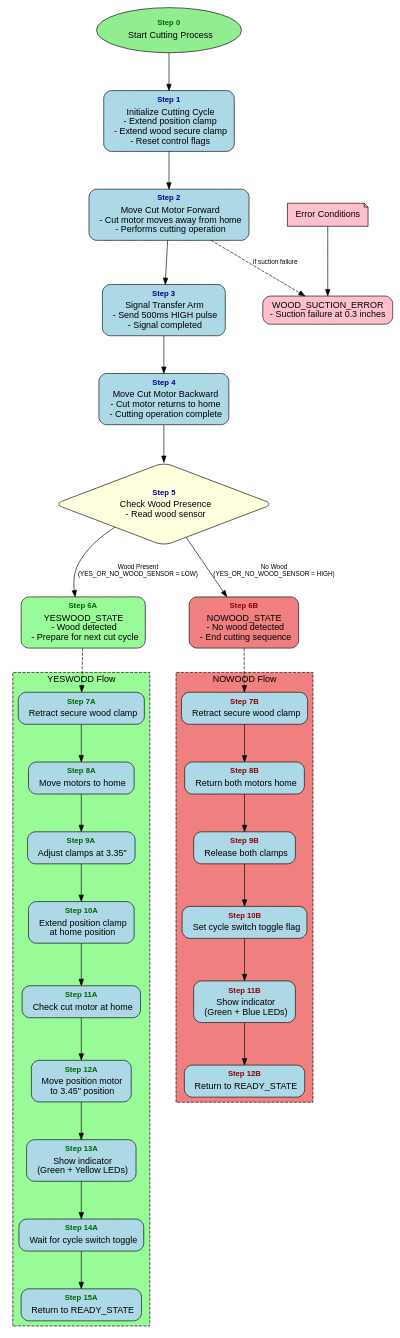
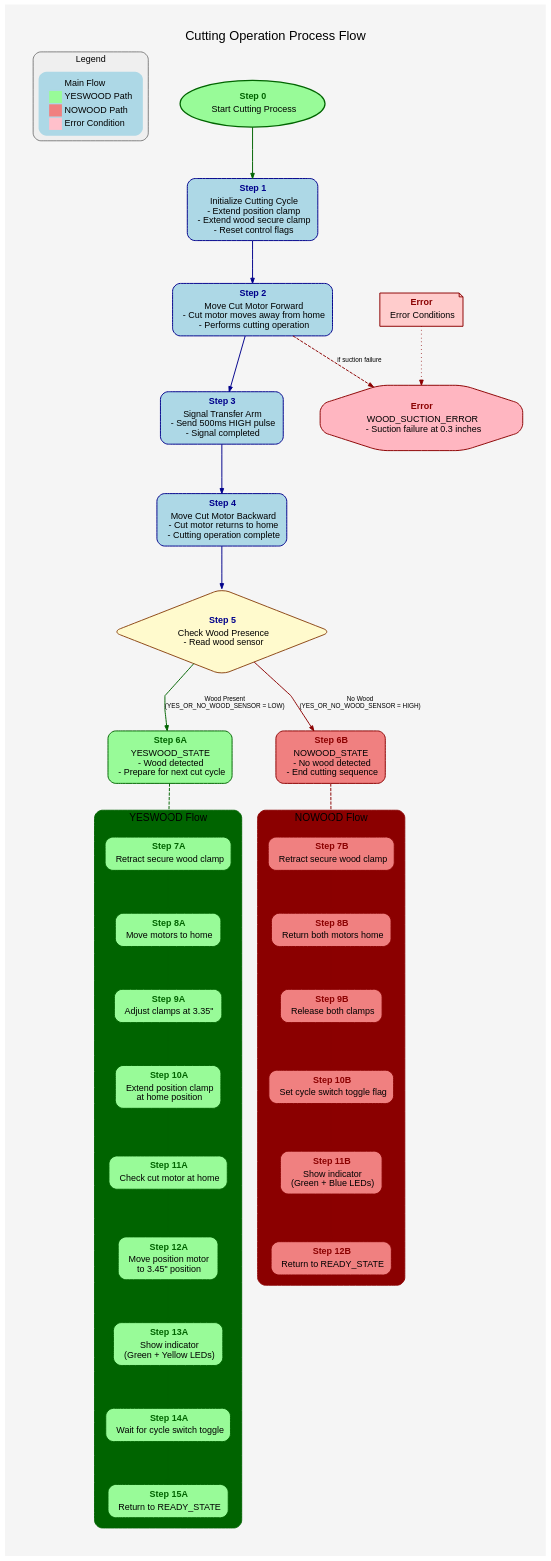
The diagram in flowcharts/cutting_process.dot (akivaweil/Stage-1-Mar25), drawn with Graphviz before and after one commit. The commit also changed 1 other file, not shown here.

Commit message:
Enhance cutting process flowchart with better styling, color-coding, legend, and improved readability

```diff
--- a/flowcharts/cutting_process.dot
+++ b/flowcharts/cutting_process.dot
@@ -1,84 +1,120 @@
 digraph cutting_process {
     // Graph styling
-    graph [fontname="Arial", rankdir="TB", splines=true, overlap=false, nodesep=0.8, ranksep=0.8];
-    node [shape="box", style="rounded,filled", fillcolor="lightblue", fontname="Arial", margin="0.2,0.1"];
-    edge [fontname="Arial", fontsize=10];
+    graph [fontname="Arial", rankdir="TB", splines="polyline", overlap=false, nodesep=0.8, ranksep=0.9, pad=0.5, label="Cutting Operation Process Flow", fontsize=20, labelloc="t", bgcolor="#F5F5F5"];
+    node [shape="box", style="rounded,filled", fillcolor="lightblue", fontname="Arial", margin="0.2,0.1", color="#333333", penwidth=1.5];
+    edge [fontname="Arial", fontsize=10, color="#555555", penwidth=1.2, arrowsize=0.8];
+
+    // Add a legend
+    subgraph cluster_legend {
+        label="Legend";
+        style="rounded,filled";
+        color="#444444";
+        fillcolor="#EFEFEF";
+        fontsize=14;
+        rank="sink";
+        
+        legend_node [shape=none, label=<<table border="0" cellborder="0" cellspacing="2">
+            <tr><td port="main" bgcolor="#ADD8E6" width="20" height="10"></td><td align="left">Main Flow</td></tr>
+            <tr><td port="yes" bgcolor="palegreen" width="20" height="10"></td><td align="left">YESWOOD Path</td></tr>
+            <tr><td port="no" bgcolor="lightcoral" width="20" height="10"></td><td align="left">NOWOOD Path</td></tr>
+            <tr><td port="error" bgcolor="pink" width="20" height="10"></td><td align="left">Error Condition</td></tr>
+        </table>>];
+    }
 
     // States and transitions for cutting process
-    start [label=<<table border="0" cellborder="0" cellspacing="0"><tr><td><font color="darkgreen" point-size="12"><b>Step 0</b></font></td></tr><tr><td>Start Cutting Process</td></tr></table>>, shape="oval", fillcolor="lightgreen"];
+    start [label=<<table border="0" cellborder="0" cellspacing="0"><tr><td><font color="darkgreen" point-size="14"><b>Step 0</b></font></td></tr><tr><td>Start Cutting Process</td></tr></table>>, shape="oval", fillcolor="#98FB98", color="#006400", penwidth=2];
     
     // Initialize cutting state
-    init [label=<<table border="0" cellborder="0" cellspacing="0"><tr><td><font color="darkblue" point-size="12"><b>Step 1</b></font></td></tr><tr><td align="left">Initialize Cutting Cycle<br/>- Extend position clamp<br/>- Extend wood secure clamp<br/>- Reset control flags</td></tr></table>>];
+    init [label=<<table border="0" cellborder="0" cellspacing="0"><tr><td><font color="darkblue" point-size="14"><b>Step 1</b></font></td></tr><tr><td align="left">Initialize Cutting Cycle<br/>- Extend position clamp<br/>- Extend wood secure clamp<br/>- Reset control flags</td></tr></table>>, fillcolor="#ADD8E6", color="#00008B", penwidth=1.5];
     
     // Extend cutter
-    extend [label=<<table border="0" cellborder="0" cellspacing="0"><tr><td><font color="darkblue" point-size="12"><b>Step 2</b></font></td></tr><tr><td align="left">Move Cut Motor Forward<br/>- Cut motor moves away from home<br/>- Performs cutting operation</td></tr></table>>];
+    extend [label=<<table border="0" cellborder="0" cellspacing="0"><tr><td><font color="darkblue" point-size="14"><b>Step 2</b></font></td></tr><tr><td align="left">Move Cut Motor Forward<br/>- Cut motor moves away from home<br/>- Performs cutting operation</td></tr></table>>, fillcolor="#ADD8E6", color="#00008B", penwidth=1.5];
     
     // Signal transfer arm
-    signal [label=<<table border="0" cellborder="0" cellspacing="0"><tr><td><font color="darkblue" point-size="12"><b>Step 3</b></font></td></tr><tr><td align="left">Signal Transfer Arm<br/>- Send 500ms HIGH pulse<br/>- Signal completed</td></tr></table>>];
+    signal [label=<<table border="0" cellborder="0" cellspacing="0"><tr><td><font color="darkblue" point-size="14"><b>Step 3</b></font></td></tr><tr><td align="left">Signal Transfer Arm<br/>- Send 500ms HIGH pulse<br/>- Signal completed</td></tr></table>>, fillcolor="#ADD8E6", color="#00008B", penwidth=1.5];
     
     // Retract cutter
-    retract [label=<<table border="0" cellborder="0" cellspacing="0"><tr><td><font color="darkblue" point-size="12"><b>Step 4</b></font></td></tr><tr><td align="left">Move Cut Motor Backward<br/>- Cut motor returns to home<br/>- Cutting operation complete</td></tr></table>>];
+    retract [label=<<table border="0" cellborder="0" cellspacing="0"><tr><td><font color="darkblue" point-size="14"><b>Step 4</b></font></td></tr><tr><td align="left">Move Cut Motor Backward<br/>- Cut motor returns to home<br/>- Cutting operation complete</td></tr></table>>, fillcolor="#ADD8E6", color="#00008B", penwidth=1.5];
     
     // Check wood presence
-    check [label=<<table border="0" cellborder="0" cellspacing="0"><tr><td><font color="darkblue" point-size="12"><b>Step 5</b></font></td></tr><tr><td align="left">Check Wood Presence<br/>- Read wood sensor</td></tr></table>>, shape="diamond", fillcolor="lightyellow"];
+    check [label=<<table border="0" cellborder="0" cellspacing="0"><tr><td><font color="darkblue" point-size="14"><b>Step 5</b></font></td></tr><tr><td align="left">Check Wood Presence<br/>- Read wood sensor</td></tr></table>>, shape="diamond", fillcolor="#FFFACD", color="#8B4513", penwidth=1.5];
     
     // Result states  
-    yeswood [label=<<table border="0" cellborder="0" cellspacing="0"><tr><td><font color="darkgreen" point-size="12"><b>Step 6A</b></font></td></tr><tr><td align="left">YESWOOD_STATE<br/>- Wood detected<br/>- Prepare for next cut cycle</td></tr></table>>, fillcolor="palegreen"];
-    nowood [label=<<table border="0" cellborder="0" cellspacing="0"><tr><td><font color="darkred" point-size="12"><b>Step 6B</b></font></td></tr><tr><td align="left">NOWOOD_STATE<br/>- No wood detected<br/>- End cutting sequence</td></tr></table>>, fillcolor="lightcoral"];
+    yeswood [label=<<table border="0" cellborder="0" cellspacing="0"><tr><td><font color="darkgreen" point-size="14"><b>Step 6A</b></font></td></tr><tr><td align="left">YESWOOD_STATE<br/>- Wood detected<br/>- Prepare for next cut cycle</td></tr></table>>, fillcolor="palegreen", color="#006400", penwidth=1.5];
+    nowood [label=<<table border="0" cellborder="0" cellspacing="0"><tr><td><font color="darkred" point-size="14"><b>Step 6B</b></font></td></tr><tr><td align="left">NOWOOD_STATE<br/>- No wood detected<br/>- End cutting sequence</td></tr></table>>, fillcolor="lightcoral", color="#8B0000", penwidth=1.5];
     
     // Error conditions
-    error [label="Error Conditions", shape="note", fillcolor="pink"];
-    errorwood [label="WOOD_SUCTION_ERROR\n- Suction failure at 0.3 inches", fillcolor="pink"];
+    error [label=<<table border="0" cellborder="0" cellspacing="0"><tr><td><font color="darkred" point-size="14"><b>Error</b></font></td></tr><tr><td align="left">Error Conditions</td></tr></table>>, shape="note", fillcolor="#FFCCCC", color="#8B0000", penwidth=1.5];
+    errorwood [label=<<table border="0" cellborder="0" cellspacing="0"><tr><td><font color="darkred" point-size="14"><b>Error</b></font></td></tr><tr><td align="left">WOOD_SUCTION_ERROR<br/>- Suction failure at 0.3 inches</td></tr></table>>, shape="octagon", fillcolor="#FFB6C1", color="#8B0000", penwidth=1.5];
     
     // Flow connections
-    start -> init;
-    init -> extend;
-    extend -> signal;
-    signal -> retract;
-    retract -> check;
-    check -> yeswood [label="Wood Present\n(YES_OR_NO_WOOD_SENSOR = LOW)"];
-    check -> nowood [label="No Wood\n(YES_OR_NO_WOOD_SENSOR = HIGH)"];
+    start -> init [color="#006400", penwidth=1.5];
+    init -> extend [color="#00008B", penwidth=1.5];
+    extend -> signal [color="#00008B", penwidth=1.5];
+    signal -> retract [color="#00008B", penwidth=1.5];
+    retract -> check [color="#00008B", penwidth=1.5];
+    check -> yeswood [label="Wood Present\n(YES_OR_NO_WOOD_SENSOR = LOW)", color="#006400", penwidth=1.5];
+    check -> nowood [label="No Wood\n(YES_OR_NO_WOOD_SENSOR = HIGH)", color="#8B0000", penwidth=1.5];
     
     // Error path
-    error -> errorwood;
-    extend -> errorwood [style="dashed", label="if suction failure"];
+    error -> errorwood [color="#8B0000", penwidth=1.5, style="dotted"];
+    extend -> errorwood [style="dashed", label="if suction failure", color="#8B0000", penwidth=1.5];
     
     // Subgraph for YESWOOD flow
     subgraph cluster_yeswood {
         label="YESWOOD Flow";
-        style="dashed";
-        bgcolor="palegreen";
+        style="rounded,filled";
+        color="#006400";
+        penwidth=1.5;
+        bgcolor="#E8F5E9";
+        fontsize=16;
+        margin=16;
         
-        yw1 [label=<<table border="0" cellborder="0" cellspacing="0"><tr><td><font color="darkgreen" point-size="12"><b>Step 7A</b></font></td></tr><tr><td align="left">Retract secure wood clamp</td></tr></table>>];
-        yw2 [label=<<table border="0" cellborder="0" cellspacing="0"><tr><td><font color="darkgreen" point-size="12"><b>Step 8A</b></font></td></tr><tr><td align="left">Move motors to home</td></tr></table>>];
-        yw3 [label=<<table border="0" cellborder="0" cellspacing="0"><tr><td><font color="darkgreen" point-size="12"><b>Step 9A</b></font></td></tr><tr><td align="left">Adjust clamps at 3.35"</td></tr></table>>];
-        yw4 [label=<<table border="0" cellborder="0" cellspacing="0"><tr><td><font color="darkgreen" point-size="12"><b>Step 10A</b></font></td></tr><tr><td align="left">Extend position clamp<br/>at home position</td></tr></table>>];
-        yw5 [label=<<table border="0" cellborder="0" cellspacing="0"><tr><td><font color="darkgreen" point-size="12"><b>Step 11A</b></font></td></tr><tr><td align="left">Check cut motor at home</td></tr></table>>];
-        yw6 [label=<<table border="0" cellborder="0" cellspacing="0"><tr><td><font color="darkgreen" point-size="12"><b>Step 12A</b></font></td></tr><tr><td align="left">Move position motor<br/>to 3.45" position</td></tr></table>>];
-        yw7 [label=<<table border="0" cellborder="0" cellspacing="0"><tr><td><font color="darkgreen" point-size="12"><b>Step 13A</b></font></td></tr><tr><td align="left">Show indicator<br/>(Green + Yellow LEDs)</td></tr></table>>];
-        yw8 [label=<<table border="0" cellborder="0" cellspacing="0"><tr><td><font color="darkgreen" point-size="12"><b>Step 14A</b></font></td></tr><tr><td align="left">Wait for cycle switch toggle</td></tr></table>>];
-        yw9 [label=<<table border="0" cellborder="0" cellspacing="0"><tr><td><font color="darkgreen" point-size="12"><b>Step 15A</b></font></td></tr><tr><td align="left">Return to READY_STATE</td></tr></table>>];
+        yw1 [label=<<table border="0" cellborder="0" cellspacing="0"><tr><td><font color="darkgreen" point-size="14"><b>Step 7A</b></font></td></tr><tr><td align="left">Retract secure wood clamp</td></tr></table>>, fillcolor="palegreen", color="#006400"];
+        yw2 [label=<<table border="0" cellborder="0" cellspacing="0"><tr><td><font color="darkgreen" point-size="14"><b>Step 8A</b></font></td></tr><tr><td align="left">Move motors to home</td></tr></table>>, fillcolor="palegreen", color="#006400"];
+        yw3 [label=<<table border="0" cellborder="0" cellspacing="0"><tr><td><font color="darkgreen" point-size="14"><b>Step 9A</b></font></td></tr><tr><td align="left">Adjust clamps at 3.35"</td></tr></table>>, fillcolor="palegreen", color="#006400"];
+        yw4 [label=<<table border="0" cellborder="0" cellspacing="0"><tr><td><font color="darkgreen" point-size="14"><b>Step 10A</b></font></td></tr><tr><td align="left">Extend position clamp<br/>at home position</td></tr></table>>, fillcolor="palegreen", color="#006400"];
+        yw5 [label=<<table border="0" cellborder="0" cellspacing="0"><tr><td><font color="darkgreen" point-size="14"><b>Step 11A</b></font></td></tr><tr><td align="left">Check cut motor at home</td></tr></table>>, fillcolor="palegreen", color="#006400"];
+        yw6 [label=<<table border="0" cellborder="0" cellspacing="0"><tr><td><font color="darkgreen" point-size="14"><b>Step 12A</b></font></td></tr><tr><td align="left">Move position motor<br/>to 3.45" position</td></tr></table>>, fillcolor="palegreen", color="#006400"];
+        yw7 [label=<<table border="0" cellborder="0" cellspacing="0"><tr><td><font color="darkgreen" point-size="14"><b>Step 13A</b></font></td></tr><tr><td align="left">Show indicator<br/>(Green + Yellow LEDs)</td></tr></table>>, fillcolor="palegreen", color="#006400"];
+        yw8 [label=<<table border="0" cellborder="0" cellspacing="0"><tr><td><font color="darkgreen" point-size="14"><b>Step 14A</b></font></td></tr><tr><td align="left">Wait for cycle switch toggle</td></tr></table>>, fillcolor="palegreen", color="#006400"];
+        yw9 [label=<<table border="0" cellborder="0" cellspacing="0"><tr><td><font color="darkgreen" point-size="14"><b>Step 15A</b></font></td></tr><tr><td align="left">Return to READY_STATE</td></tr></table>>, fillcolor="palegreen", color="#006400"];
         
-        yw1 -> yw2 -> yw3 -> yw4 -> yw5 -> yw6 -> yw7 -> yw8 -> yw9;
+        yw1 -> yw2 [color="#006400"];
+        yw2 -> yw3 [color="#006400"];
+        yw3 -> yw4 [color="#006400"];
+        yw4 -> yw5 [color="#006400"];
+        yw5 -> yw6 [color="#006400"];
+        yw6 -> yw7 [color="#006400"];
+        yw7 -> yw8 [color="#006400"];
+        yw8 -> yw9 [color="#006400"];
     }
     
     // Subgraph for NOWOOD flow  
     subgraph cluster_nowood {
         label="NOWOOD Flow";
-        style="dashed";
-        bgcolor="lightcoral";
+        style="rounded,filled";
+        color="#8B0000";
+        penwidth=1.5;
+        bgcolor="#FFEBEE";
+        fontsize=16;
+        margin=16;
         
-        nw1 [label=<<table border="0" cellborder="0" cellspacing="0"><tr><td><font color="darkred" point-size="12"><b>Step 7B</b></font></td></tr><tr><td align="left">Retract secure wood clamp</td></tr></table>>];
-        nw2 [label=<<table border="0" cellborder="0" cellspacing="0"><tr><td><font color="darkred" point-size="12"><b>Step 8B</b></font></td></tr><tr><td align="left">Return both motors home</td></tr></table>>];
-        nw3 [label=<<table border="0" cellborder="0" cellspacing="0"><tr><td><font color="darkred" point-size="12"><b>Step 9B</b></font></td></tr><tr><td align="left">Release both clamps</td></tr></table>>];
-        nw4 [label=<<table border="0" cellborder="0" cellspacing="0"><tr><td><font color="darkred" point-size="12"><b>Step 10B</b></font></td></tr><tr><td align="left">Set cycle switch toggle flag</td></tr></table>>];
-        nw5 [label=<<table border="0" cellborder="0" cellspacing="0"><tr><td><font color="darkred" point-size="12"><b>Step 11B</b></font></td></tr><tr><td align="left">Show indicator<br/>(Green + Blue LEDs)</td></tr></table>>];
-        nw6 [label=<<table border="0" cellborder="0" cellspacing="0"><tr><td><font color="darkred" point-size="12"><b>Step 12B</b></font></td></tr><tr><td align="left">Return to READY_STATE</td></tr></table>>];
+        nw1 [label=<<table border="0" cellborder="0" cellspacing="0"><tr><td><font color="darkred" point-size="14"><b>Step 7B</b></font></td></tr><tr><td align="left">Retract secure wood clamp</td></tr></table>>, fillcolor="lightcoral", color="#8B0000"];
+        nw2 [label=<<table border="0" cellborder="0" cellspacing="0"><tr><td><font color="darkred" point-size="14"><b>Step 8B</b></font></td></tr><tr><td align="left">Return both motors home</td></tr></table>>, fillcolor="lightcoral", color="#8B0000"];
+        nw3 [label=<<table border="0" cellborder="0" cellspacing="0"><tr><td><font color="darkred" point-size="14"><b>Step 9B</b></font></td></tr><tr><td align="left">Release both clamps</td></tr></table>>, fillcolor="lightcoral", color="#8B0000"];
+        nw4 [label=<<table border="0" cellborder="0" cellspacing="0"><tr><td><font color="darkred" point-size="14"><b>Step 10B</b></font></td></tr><tr><td align="left">Set cycle switch toggle flag</td></tr></table>>, fillcolor="lightcoral", color="#8B0000"];
+        nw5 [label=<<table border="0" cellborder="0" cellspacing="0"><tr><td><font color="darkred" point-size="14"><b>Step 11B</b></font></td></tr><tr><td align="left">Show indicator<br/>(Green + Blue LEDs)</td></tr></table>>, fillcolor="lightcoral", color="#8B0000"];
+        nw6 [label=<<table border="0" cellborder="0" cellspacing="0"><tr><td><font color="darkred" point-size="14"><b>Step 12B</b></font></td></tr><tr><td align="left">Return to READY_STATE</td></tr></table>>, fillcolor="lightcoral", color="#8B0000"];
         
-        nw1 -> nw2 -> nw3 -> nw4 -> nw5 -> nw6;
+        nw1 -> nw2 [color="#8B0000"];
+        nw2 -> nw3 [color="#8B0000"];
+        nw3 -> nw4 [color="#8B0000"];
+        nw4 -> nw5 [color="#8B0000"];
+        nw5 -> nw6 [color="#8B0000"];
     }
     
     // Connect main flow to subgraphs
-    yeswood -> yw1 [style="dashed"];
-    nowood -> nw1 [style="dashed"];
+    yeswood -> yw1 [style="dashed", color="#006400", penwidth=1.5];
+    nowood -> nw1 [style="dashed", color="#8B0000", penwidth=1.5];
 } 
```
